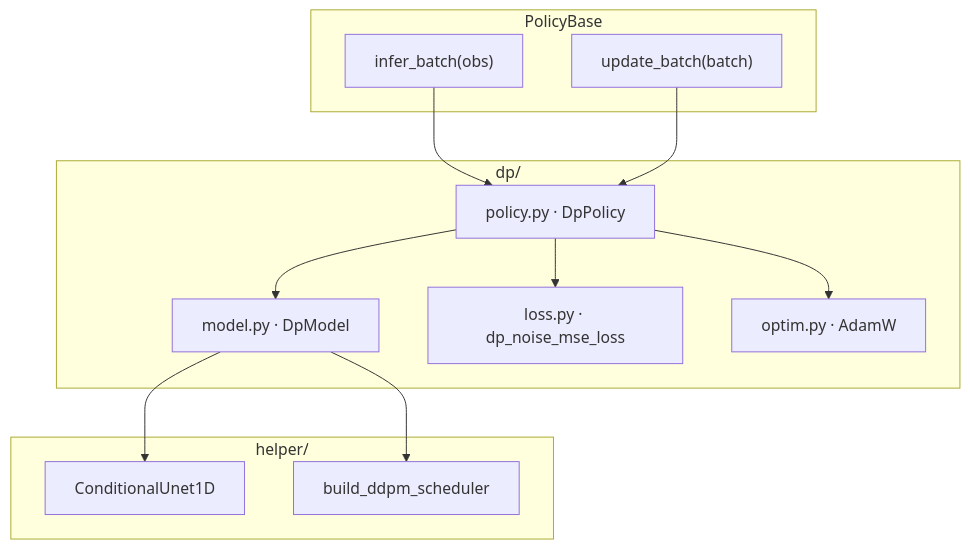
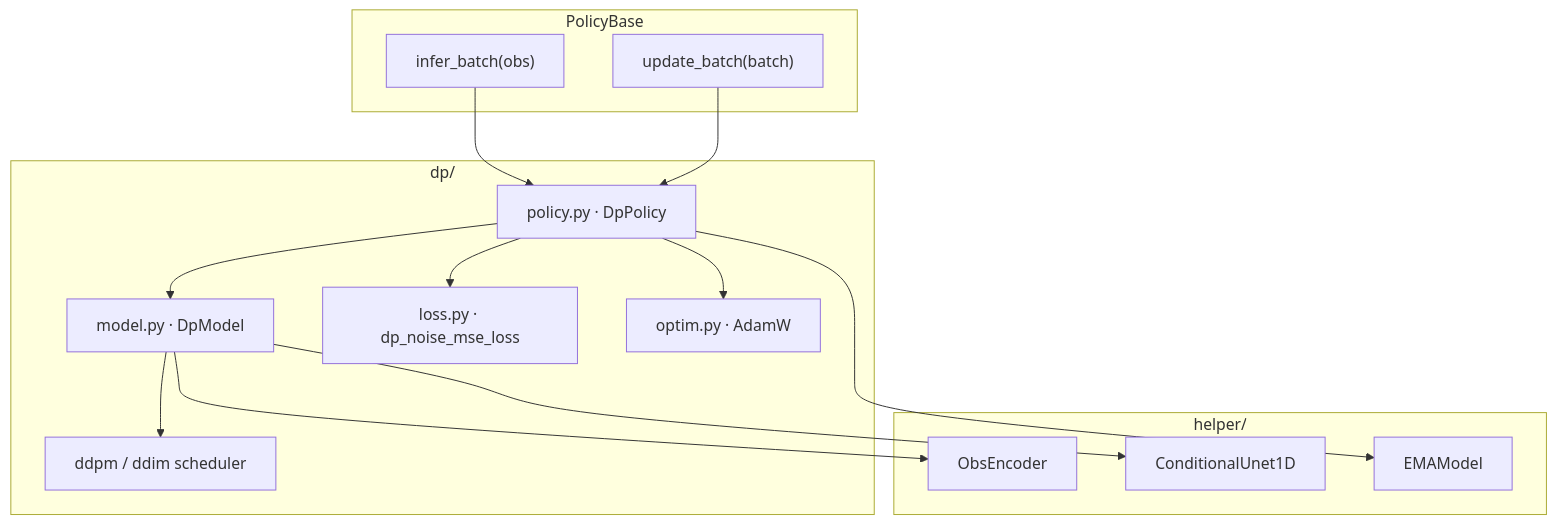
The first of 3 diagrams in bench_policy/utils/policy/dp/ARCHITECTURE.md (IBNBlank/maze_playground), drawn with Mermaid before and after one commit. The commit also changed other lines of this file and 14 other files, not shown here.

````diff
--- a/bench_policy/utils/policy/dp/ARCHITECTURE.md
+++ b/bench_policy/utils/policy/dp/ARCHITECTURE.md
@@ -7,27 +7,31 @@
 ```mermaid
 flowchart TB
   subgraph iface["PolicyBase"]
     IB["infer_batch(obs)"]
     UB["update_batch(batch)"]
   end
 
   subgraph dp_pkg["dp/"]
     Pol["policy.py · DpPolicy"]
     Mod["model.py · DpModel"]
     Loss["loss.py · dp_noise_mse_loss"]
     Opt["optim.py · AdamW"]
+    Sched["ddpm / ddim scheduler"]
   end
 
   subgraph helper["helper/"]
+    Obs["ObsEncoder"]
     UNet["ConditionalUnet1D"]
-    Sched["build_ddpm_scheduler"]
+    Ema["EMAModel"]
   end
 
   IB --> Pol
   UB --> Pol
   Pol --> Mod
   Pol --> Loss
   Pol --> Opt
+  Pol --> Ema
+  Mod --> Obs
   Mod --> UNet
   Mod --> Sched
 ```
````
